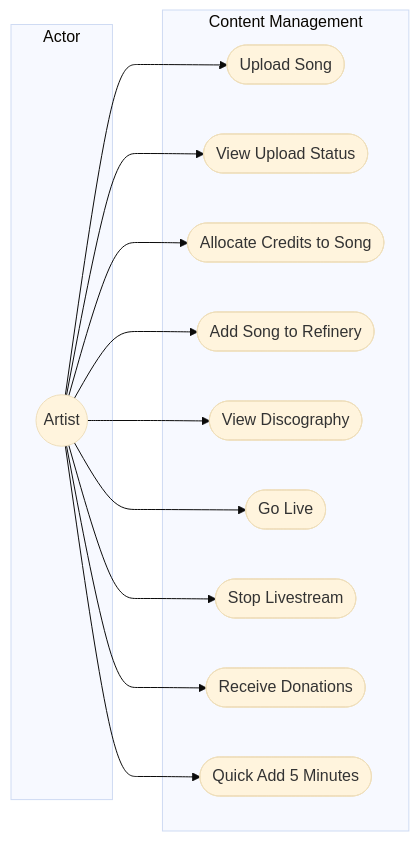
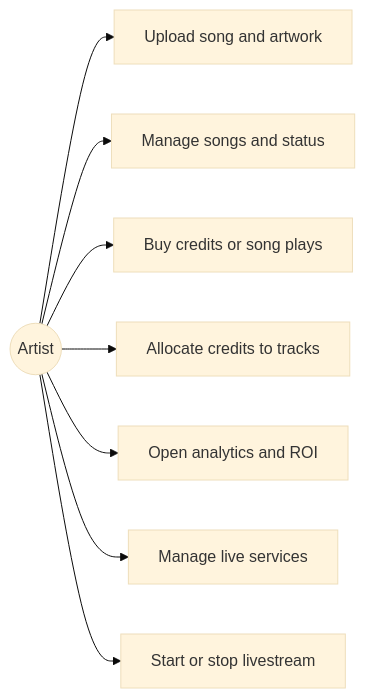
Before and after one commit to Tmaku18/RADIOapp: the third of 13 diagrams in docs/UML/uml-diagrams.md, drawn with Mermaid (base theme). The commit also changed other lines of this file and 3 other files, not shown here.

First line of the commit message:
Docs: refresh README and UML to current platform state.

````diff
--- a/docs/UML/uml-diagrams.md
+++ b/docs/UML/uml-diagrams.md
@@ -96,28 +54,10 @@
 ```mermaid
 flowchart LR
-    subgraph actor [Actor]
-        Artist((Artist))
-    end
-
-    subgraph content [Content Management]
-        UploadSong([Upload Song])
-        ViewUploadStatus([View Upload Status])
-        AllocateCredits([Allocate Credits to Song])
-        AddToRefinery([Add Song to Refinery])
-        ViewDiscography([View Discography])
-        GoLive([Go Live])
-        StopLive([Stop Livestream])
-        ReceiveDonations([Receive Donations])
-        QuickAddMinutes([Quick Add 5 Minutes])
-    end
-
-    Artist --> UploadSong
-    Artist --> ViewUploadStatus
-    Artist --> AllocateCredits
-    Artist --> AddToRefinery
-    Artist --> ViewDiscography
-    Artist --> GoLive
-    Artist --> StopLive
-    Artist --> ReceiveDonations
-    Artist --> QuickAddMinutes
+  Artist((Artist)) --> UploadSong[Upload song and artwork]
+  Artist --> ManageSongs[Manage songs and status]
+  Artist --> BuyCredits[Buy credits or song plays]
+  Artist --> AllocateCredits[Allocate credits to tracks]
+  Artist --> ViewAnalytics[Open analytics and ROI]
+  Artist --> LiveServices[Manage live services]
+  Artist --> GoLive[Start or stop livestream]
 ```
````
